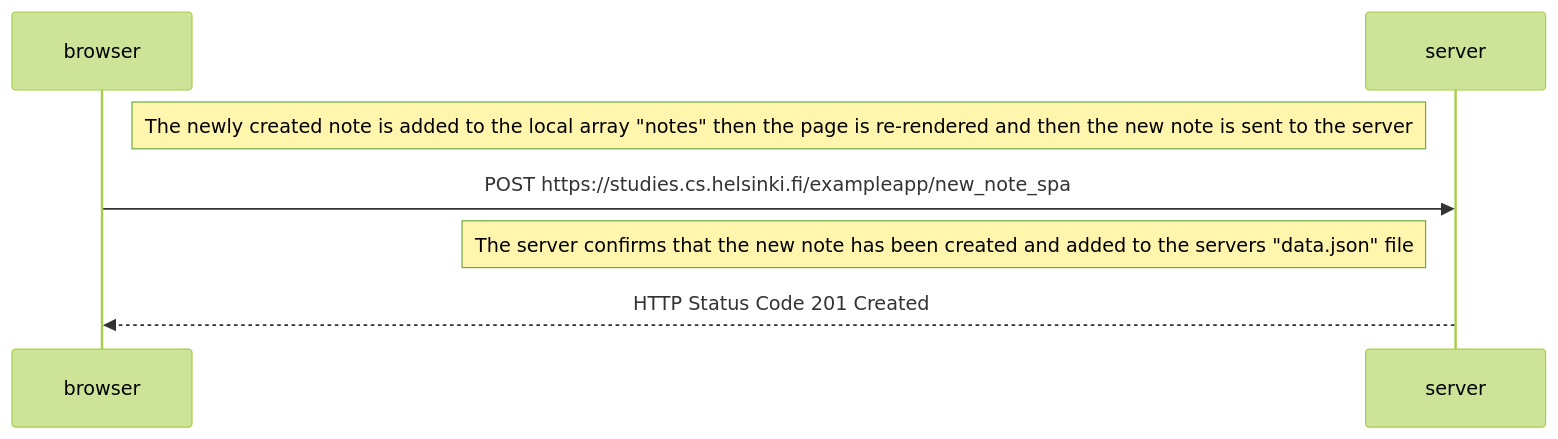
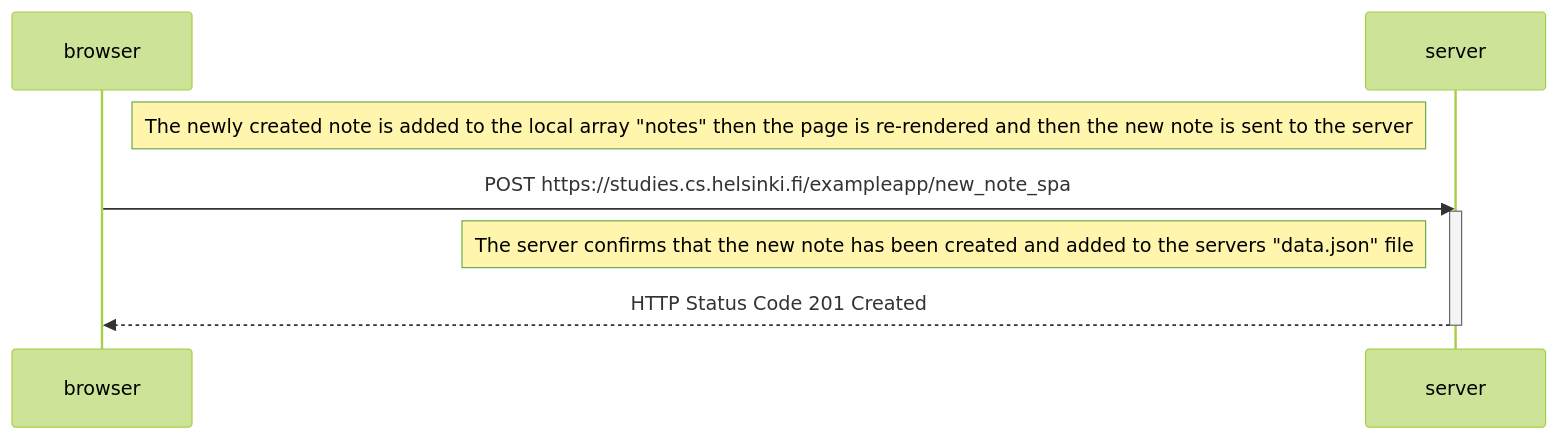
The diagram in part0/0.6-New-Note-In-Single_Page_App-Diagram.md (vikram42003/Full-Stack-Open), drawn with Mermaid (forest theme) before and after one commit.

Commit message:
Update: include server activation/deactivation sequence in 0.6-New-Note-In-Single_Page_App-Diagram.md

````diff
--- a/part0/0.6-New-Note-In-Single_Page_App-Diagram.md
+++ b/part0/0.6-New-Note-In-Single_Page_App-Diagram.md
@@ -1,10 +1,12 @@
 ```mermaid
     sequenceDiagram
     participant browser
     participant server
 
     Note right of browser: The newly created note is added to the local array "notes" then the page is re-rendered and then the new note is sent to the server
     browser->>server: POST https://studies.cs.helsinki.fi/exampleapp/new_note_spa
+    activate server
     Note left of server: The server confirms that the new note has been created and added to the servers "data.json" file
     server-->>browser: HTTP Status Code 201 Created
+    deactivate server
 ```
````
